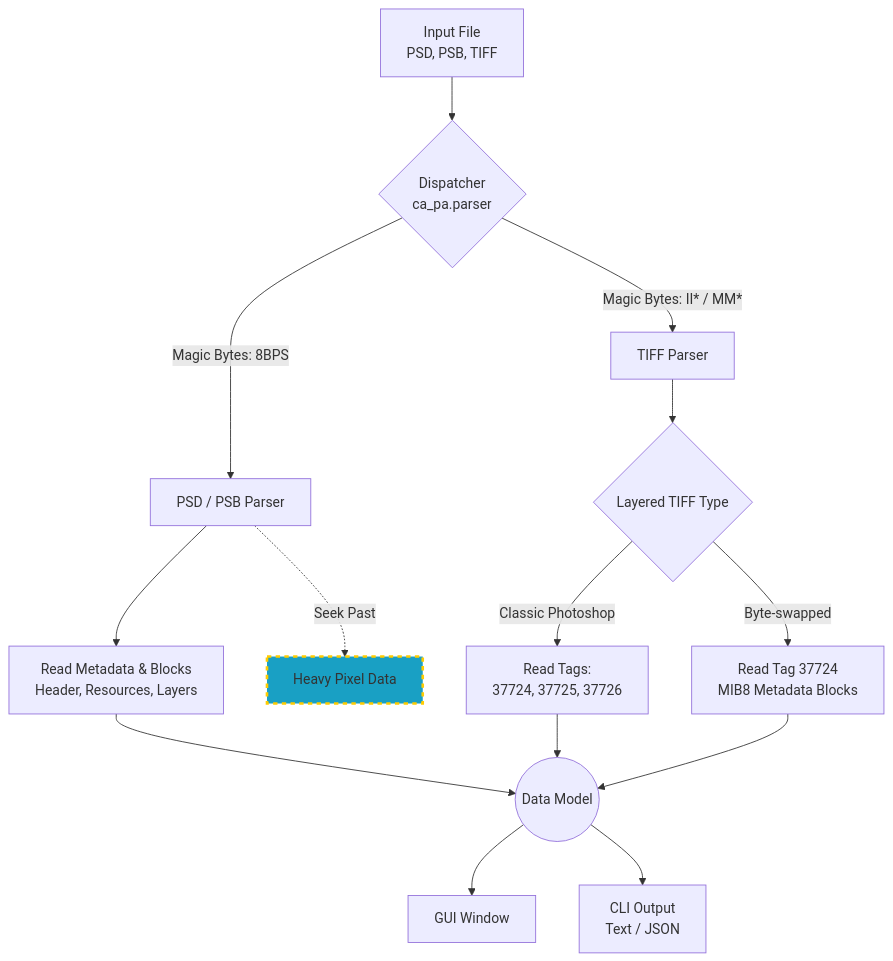
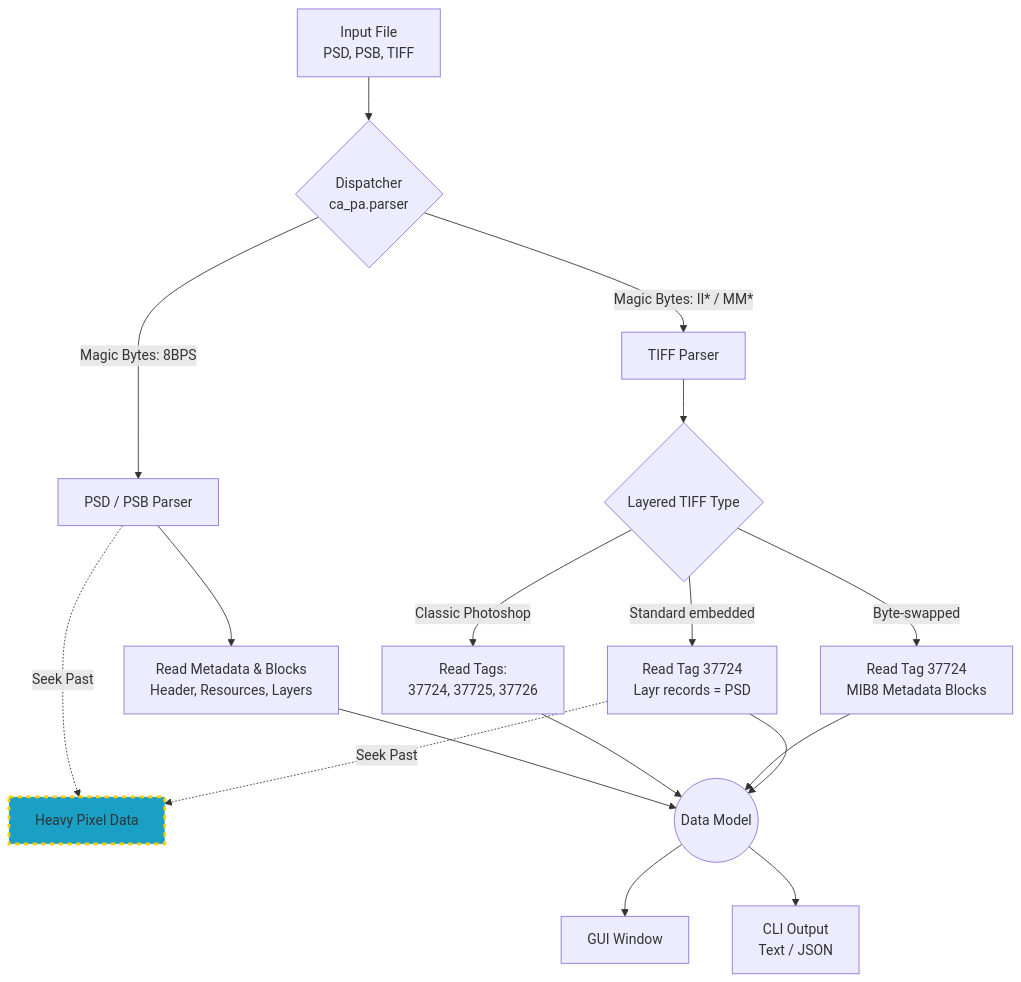
Before and after one commit to cuarentaysiete/ca-pa: the first of 3 diagrams in README.md, drawn with Mermaid. The commit also changed other lines of this file and 7 other files, not shown here.

````diff
--- a/README.md
+++ b/README.md
@@ -50,24 +50,27 @@
 ```mermaid
 graph TD
     A[Input File<br/>PSD, PSB, TIFF] --> B{Dispatcher<br/>ca_pa.parser}
     
     B -->|Magic Bytes: 8BPS| C[PSD / PSB Parser]
     B -->|Magic Bytes: II* / MM*| D[TIFF Parser]
     
     C --> E[Read Metadata & Blocks<br/>Header, Resources, Layers]
     C -.->|Seek Past| F[Heavy Pixel Data]
     
     D --> G{Layered TIFF Type}
     G -->|Classic Photoshop| H[Read Tags:<br/>37724, 37725, 37726]
     G -->|Byte-swapped| I[Read Tag 37724<br/>MIB8 Metadata Blocks]
-    
+    G -->|Standard embedded| M[Read Tag 37724<br/>Layr records = PSD]
+
     E --> J((Data Model))
     H --> J
     I --> J
+    M -.->|Seek Past| F
+    M --> J
     
     J --> K[GUI Window]
     J --> L[CLI Output<br/>Text / JSON]
     
     classDef skip fill:#19a0c4,stroke:#fc0,stroke-width:3px,stroke-dasharray: 5 5;
     class F skip;
 ```
````
